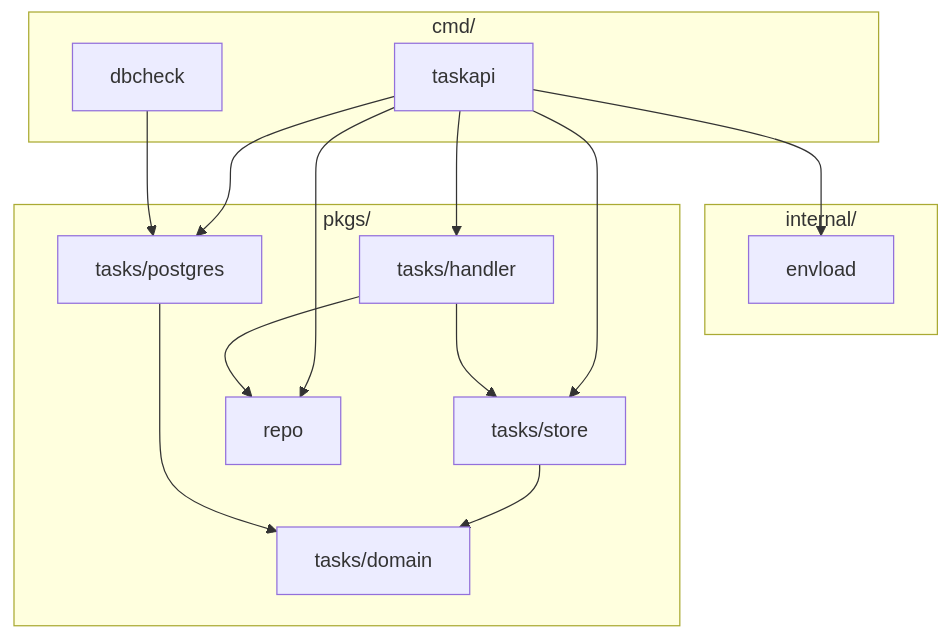
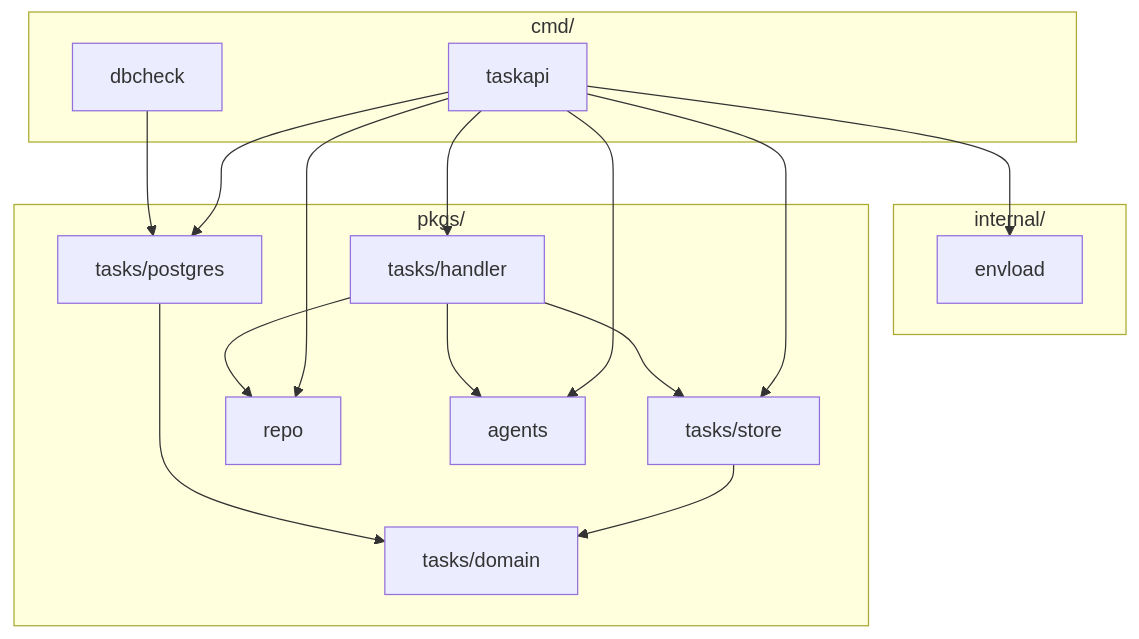
The second of 8 diagrams in docs/DESIGN.md (AlexsanderHamir/T2A), drawn with Mermaid before and after one commit. The commit also changed other lines of this file and 13 other files, not shown here.

````diff
--- a/docs/DESIGN.md
+++ b/docs/DESIGN.md
@@ -57,28 +59,31 @@
 ```mermaid
 flowchart TB
   subgraph cmd["cmd/"]
     TA[taskapi]
     DC[dbcheck]
   end
   subgraph internal["internal/"]
     EL[envload]
   end
   subgraph pkgs["pkgs/"]
     H[tasks/handler]
     ST[tasks/store]
     PG[tasks/postgres]
     DM[tasks/domain]
     RP[repo]
+    AG[agents]
   end
 
   TA --> EL
   TA --> PG
   TA --> ST
   TA --> H
   TA --> RP
   DC --> PG
   H --> ST
   H --> RP
+  TA --> AG
+  H --> AG
   ST --> DM
   PG --> DM
 ```
````
